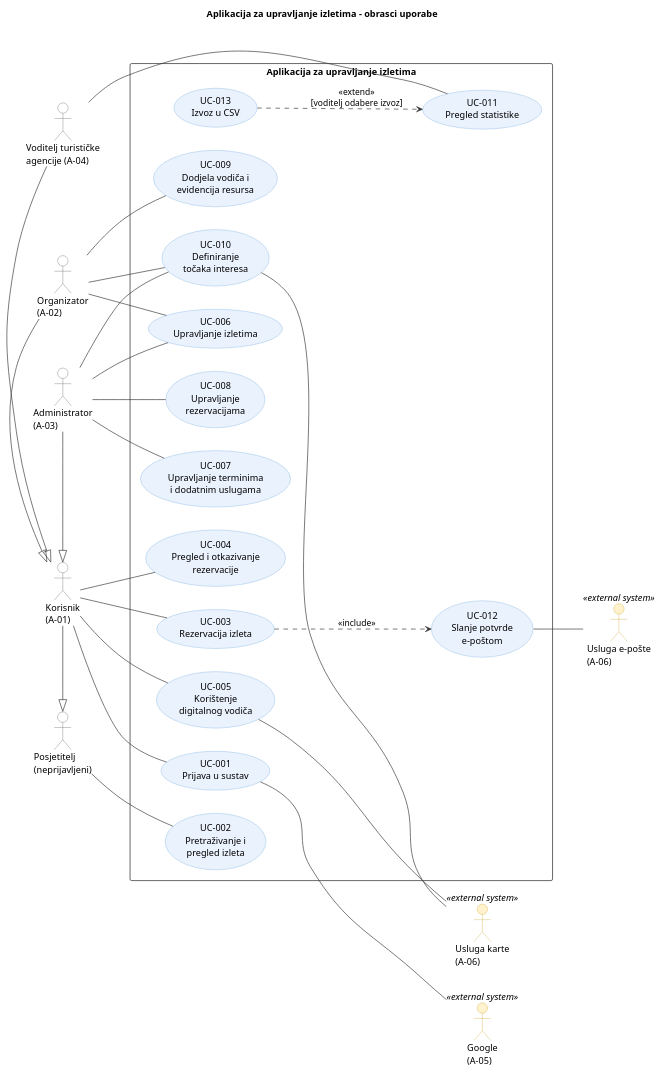
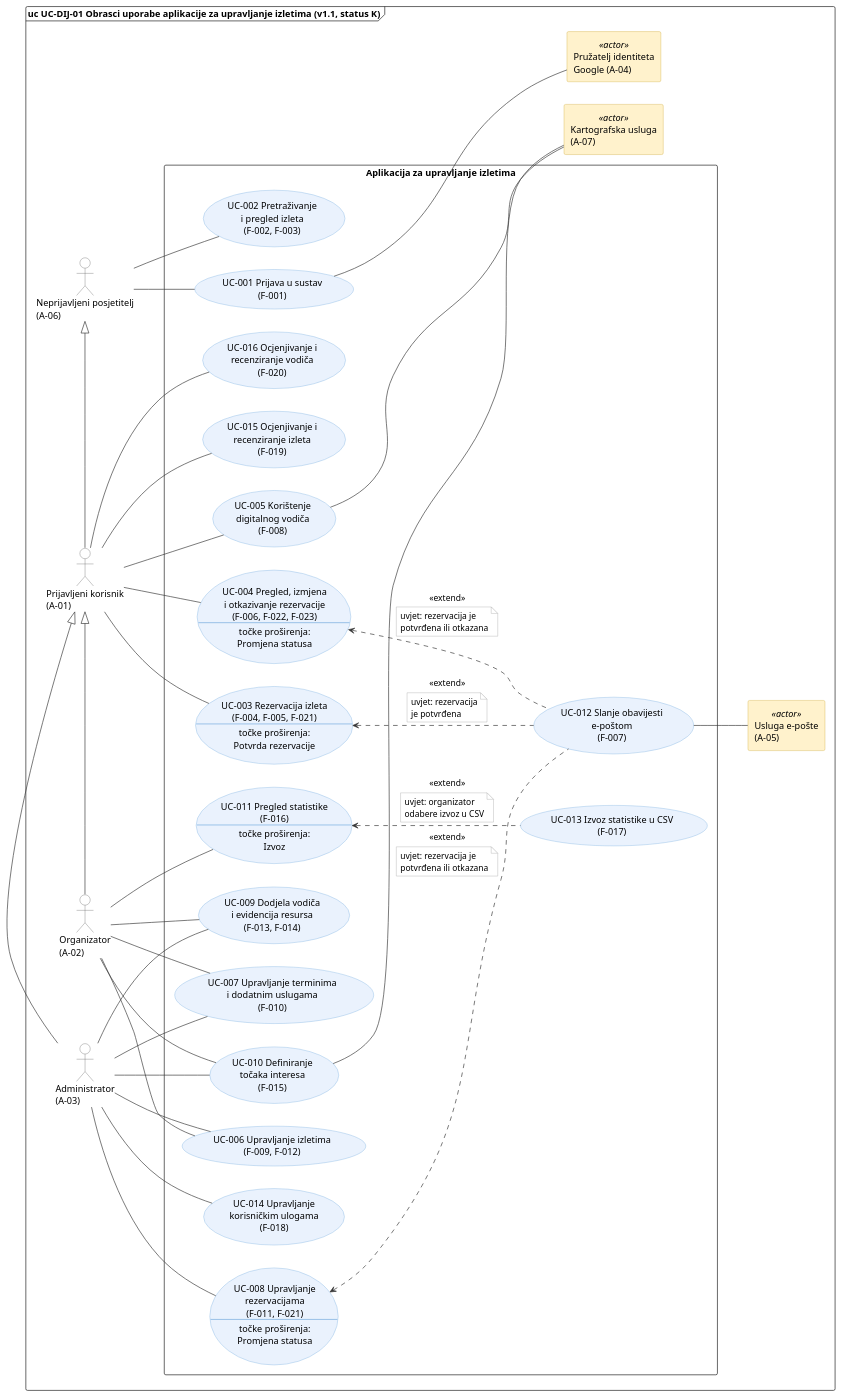
Before and after one commit to ivan-domljanovic/proinz-G11-3: the diagram in docs/puml/3-1-sustav-UC.puml, drawn with PlantUML.

Commit message:
Dijagram uskladen s finalnim obrascima i aktorima

```diff
--- a/docs/puml/3-1-sustav-UC.puml
+++ b/docs/puml/3-1-sustav-UC.puml
@@ -1,78 +1,128 @@
 @startuml 3-1-sustav-UC
-title Aplikacija za upravljanje izletima - obrasci uporabe
 left to right direction
+skinparam shadowing false
 skinparam packageStyle rectangle
+skinparam ArrowColor #333333
 skinparam usecase {
   BackgroundColor #EAF2FD
   BorderColor #6FA8DC
 }
-skinparam shadowing false
-skinparam ArrowColor #333333
 skinparam actor {
   BackgroundColor #FFFFFF
   BorderColor #555555
 }
-skinparam actor<<external system>> {
+skinparam rectangle<<actor>> {
   BackgroundColor #FFF2CC
   BorderColor #C9A227
 }
+skinparam note {
+  BackgroundColor #FFFFFF
+  BorderColor #999999
+}
 
-' ===== Ljudski akteri =====
-actor "Posjetitelj\n(neprijavljeni)" as P
-actor "Korisnik\n(A-01)" as K
+frame "uc UC-DIJ-01 Obrasci uporabe aplikacije za upravljanje izletima (v1.1, status K)" {
+
+' ===== Primarni akteri (lijevo) =====
+actor "Neprijavljeni posjetitelj\n(A-06)" as P
+actor "Prijavljeni korisnik\n(A-01)" as K
 actor "Organizator\n(A-02)" as O
 actor "Administrator\n(A-03)" as A
-actor "Voditelj turističke\nagencije (A-04)" as V
 
-' ===== Vanjski sustavi =====
-actor "Google\n(A-05)" as G <<external system>>
-actor "Usluga e-pošte\n(A-06)" as E <<external system>>
-actor "Usluga karte\n(A-06)" as M <<external system>>
-
+' ===== Granica sustava =====
 rectangle "Aplikacija za upravljanje izletima" {
-  usecase "UC-001\nPrijava u sustav" as UC1
-  usecase "UC-002\nPretraživanje i\npregled izleta" as UC2
-  usecase "UC-003\nRezervacija izleta" as UC3
-  usecase "UC-012\nSlanje potvrde\ne-poštom" as UC12
-  usecase "UC-004\nPregled i otkazivanje\nrezervacije" as UC4
-  usecase "UC-005\nKorištenje\ndigitalnog vodiča" as UC5
-  usecase "UC-006\nUpravljanje izletima" as UC6
-  usecase "UC-007\nUpravljanje terminima\ni dodatnim uslugama" as UC7
-  usecase "UC-008\nUpravljanje\nrezervacijama" as UC8
-  usecase "UC-009\nDodjela vodiča i\nevidencija resursa" as UC9
-  usecase "UC-010\nDefiniranje\ntočaka interesa" as UC10
-  usecase "UC-011\nPregled statistike" as UC11
-  usecase "UC-013\nIzvoz u CSV" as UC13
+  usecase "UC-001 Prijava u sustav\n(F-001)" as UC1
+  usecase "UC-002 Pretraživanje\ni pregled izleta\n(F-002, F-003)" as UC2
+  usecase UC3 as "UC-003 Rezervacija izleta
+(F-004, F-005, F-021)
+--
+točke proširenja:
+Potvrda rezervacije"
+  usecase UC4 as "UC-004 Pregled, izmjena\ni otkazivanje rezervacije
+(F-006, F-022, F-023)
+--
+točke proširenja:
+Promjena statusa"
+  usecase "UC-005 Korištenje\ndigitalnog vodiča\n(F-008)" as UC5
+  usecase "UC-015 Ocjenjivanje i\nrecenziranje izleta\n(F-019)" as UC15
+  usecase "UC-016 Ocjenjivanje i\nrecenziranje vodiča\n(F-020)" as UC16
+  usecase "UC-006 Upravljanje izletima\n(F-009, F-012)" as UC6
+  usecase "UC-007 Upravljanje terminima\ni dodatnim uslugama\n(F-010)" as UC7
+  usecase "UC-009 Dodjela vodiča\ni evidencija resursa\n(F-013, F-014)" as UC9
+  usecase "UC-010 Definiranje\ntočaka interesa\n(F-015)" as UC10
+  usecase UC11 as "UC-011 Pregled statistike
+(F-016)
+--
+točke proširenja:
+Izvoz"
+  usecase "UC-013 Izvoz statistike u CSV\n(F-017)" as UC13
+  usecase UC8 as "UC-008 Upravljanje\nrezervacijama
+(F-011, F-021)
+--
+točke proširenja:
+Promjena statusa"
+  usecase "UC-014 Upravljanje\nkorisničkim ulogama\n(F-018)" as UC14
+  usecase "UC-012 Slanje obavijesti\ne-poštom\n(F-007)" as UC12
 }
 
-' ===== Nasljeđivanje uloga =====
+' ===== Sekundarni akteri - vanjski sustavi (desno) =====
+rectangle "Pružatelj identiteta\nGoogle (A-04)" as G <<actor>>
+rectangle "Usluga e-pošte\n(A-05)" as E <<actor>>
+rectangle "Kartografska usluga\n(A-07)" as M <<actor>>
+
+' ===== Poopćenje aktera =====
 K -|> P
 O -|> K
 A -|> K
-V -|> K
 
-' ===== Veze aktera i obrazaca uporabe =====
+' ===== Pridruživanje: primarni akteri =====
+P -- UC1
 P -- UC2
-K -- UC1
+
 K -- UC3
 K -- UC4
 K -- UC5
+K -- UC15
+K -- UC16
+
 O -- UC6
+O -- UC7
 O -- UC9
 O -- UC10
+O -- UC11
+
 A -- UC6
 A -- UC7
 A -- UC8
+A -- UC9
 A -- UC10
-V -- UC11
+A -- UC14
 
-' ===== include / extend =====
-UC3 ..> UC12 : <<include>>
-UC13 ..> UC11 : <<extend>>\n[voditelj odabere izvoz]
+' ===== extend: proširenje -> osnovni =====
+UC3 <.. UC12 : <<extend>>
+note on link
+  uvjet: rezervacija
+  je potvrđena
+end note
+UC4 <.. UC12 : <<extend>>
+note on link
+  uvjet: rezervacija je
+  potvrđena ili otkazana
+end note
+UC8 <.. UC12 : <<extend>>
+note on link
+  uvjet: rezervacija je
+  potvrđena ili otkazana
+end note
+UC11 <.. UC13 : <<extend>>
+note on link
+  uvjet: organizator
+  odabere izvoz u CSV
+end note
 
-' ===== Vanjski sustavi =====
+' ===== Pridruživanje: sekundarni akteri =====
 UC1 -- G
 UC12 -- E
 UC5 -- M
 UC10 -- M
+}
 @enduml
```
